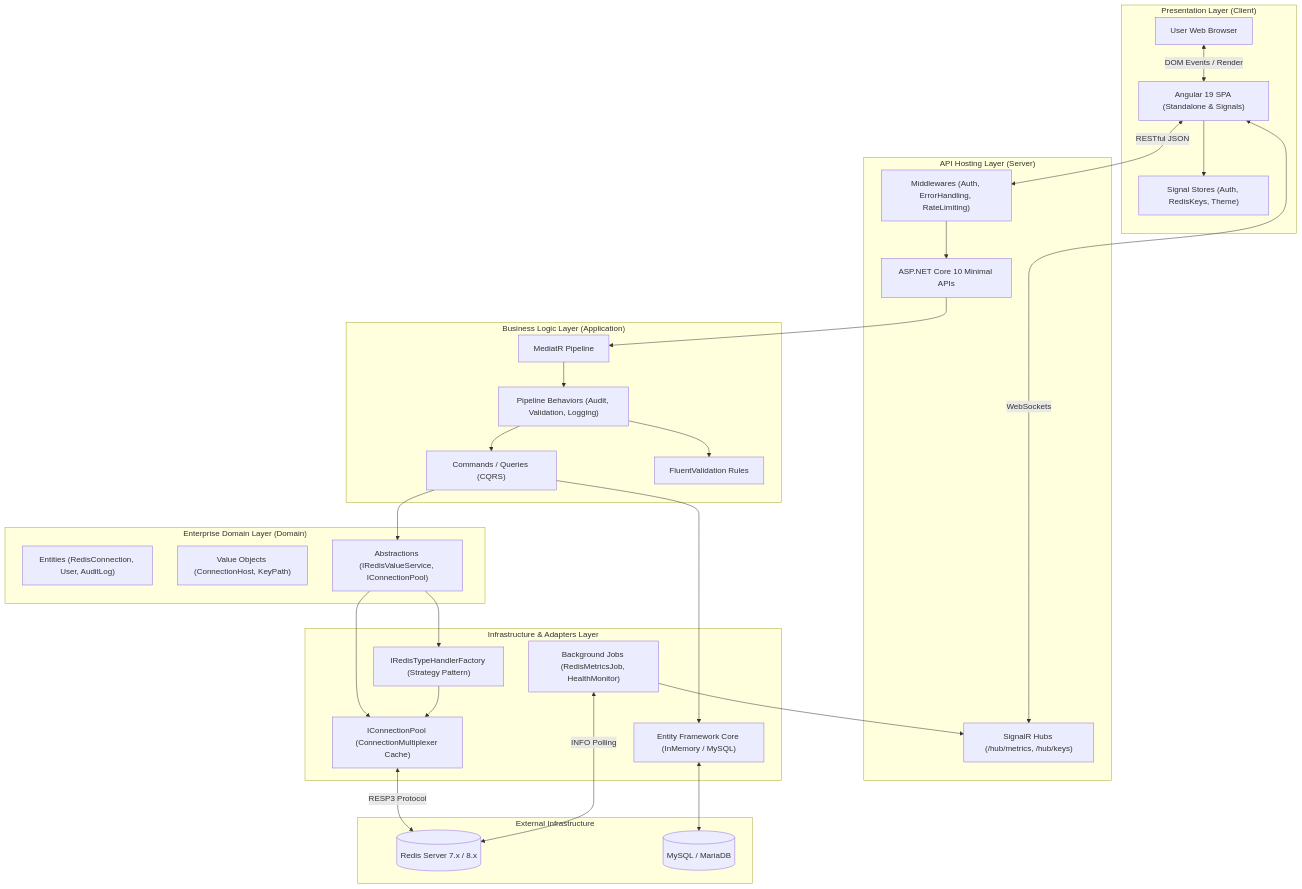
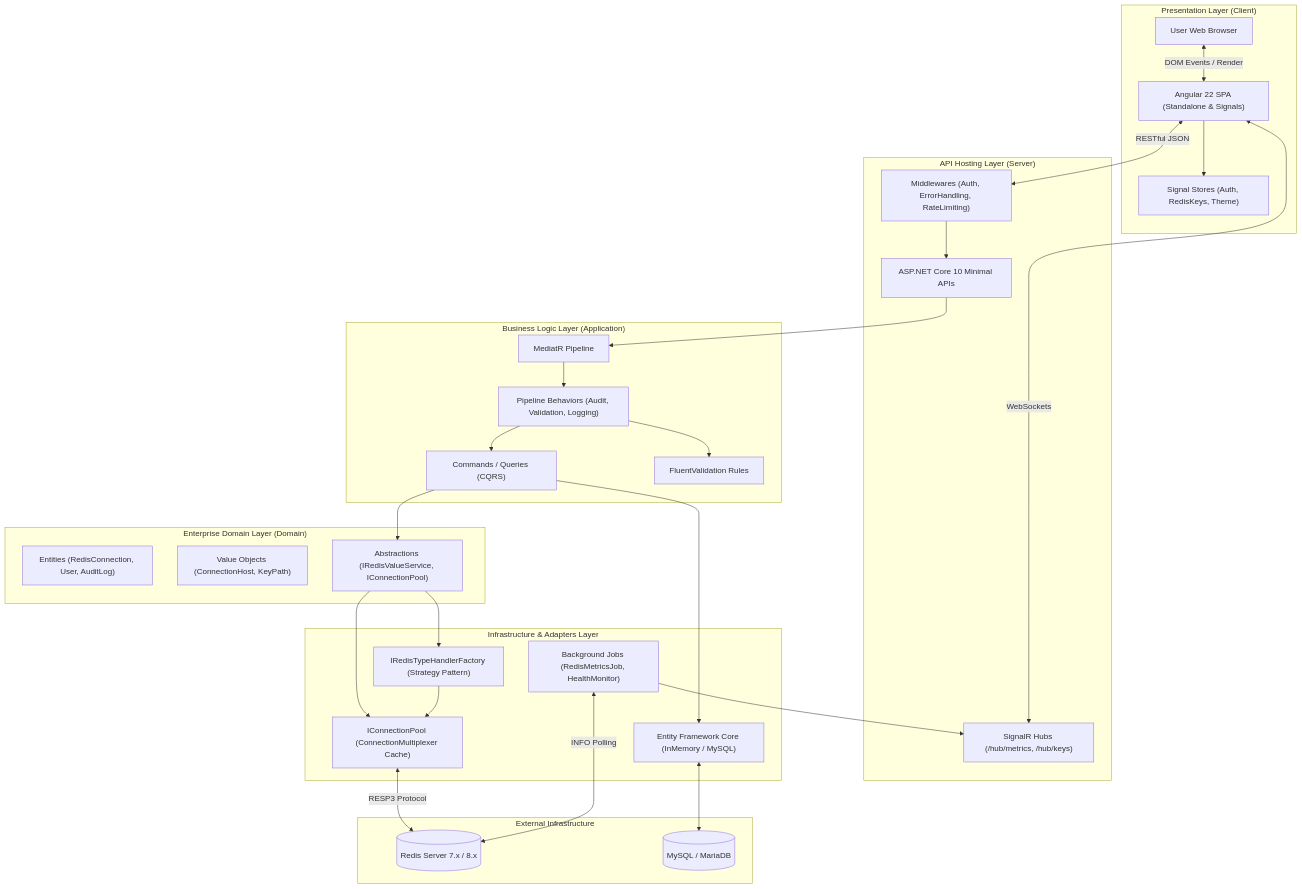
Before and after one commit to dellik95/redis-gui: the first of 8 diagrams in docs/diagrams.md, drawn with Mermaid. The commit also changed 108 other files, not shown here.

````diff
--- a/docs/diagrams.md
+++ b/docs/diagrams.md
@@ -9,58 +9,58 @@
 ```mermaid
 flowchart TD
     subgraph UI ["Presentation Layer (Client)"]
         Browser["User Web Browser"]
-        AngularApp["Angular 19 SPA (Standalone & Signals)"]
+        AngularApp["Angular 22 SPA (Standalone & Signals)"]
         SignalStore["Signal Stores (Auth, RedisKeys, Theme)"]
         Browser <-->|DOM Events / Render| AngularApp
         AngularApp --> SignalStore
     end
 
     subgraph Host ["API Hosting Layer (Server)"]
         ServerAPI["ASP.NET Core 10 Minimal APIs"]
         SignalRHubs["SignalR Hubs (/hub/metrics, /hub/keys)"]
         Middlewares["Middlewares (Auth, ErrorHandling, RateLimiting)"]
     end
 
     subgraph AppLayer ["Business Logic Layer (Application)"]
         MediatR["MediatR Pipeline"]
         Behaviors["Pipeline Behaviors (Audit, Validation, Logging)"]
         Commands["Commands / Queries (CQRS)"]
         Validators["FluentValidation Rules"]
     end
 
     subgraph DomainLayer ["Enterprise Domain Layer (Domain)"]
         Entities["Entities (RedisConnection, User, AuditLog)"]
         ValueObjects["Value Objects (ConnectionHost, KeyPath)"]
         DomainContracts["Abstractions (IRedisValueService, IConnectionPool)"]
     end
 
     subgraph InfraLayer ["Infrastructure & Adapters Layer"]
         ConnPool["IConnectionPool (ConnectionMultiplexer Cache)"]
         TypeFactory["IRedisTypeHandlerFactory (Strategy Pattern)"]
         BgServices["Background Jobs (RedisMetricsJob, HealthMonitor)"]
         EFCore["Entity Framework Core (InMemory / MySQL)"]
     end
 
     subgraph External ["External Infrastructure"]
         RedisServer[("Redis Server 7.x / 8.x")]
         RelationalDB[("MySQL / MariaDB")]
     end
 
     AngularApp <-->|RESTful JSON| Middlewares
     AngularApp <-->|WebSockets| SignalRHubs
     Middlewares --> ServerAPI
     ServerAPI --> MediatR
     MediatR --> Behaviors
     Behaviors --> Validators
     Behaviors --> Commands
     Commands --> DomainContracts
     DomainContracts --> TypeFactory
     DomainContracts --> ConnPool
     TypeFactory --> ConnPool
     ConnPool <-->|RESP3 Protocol| RedisServer
     BgServices <-->|INFO Polling| RedisServer
     BgServices --> SignalRHubs
     EFCore <--> RelationalDB
     Commands --> EFCore
 ```
````
